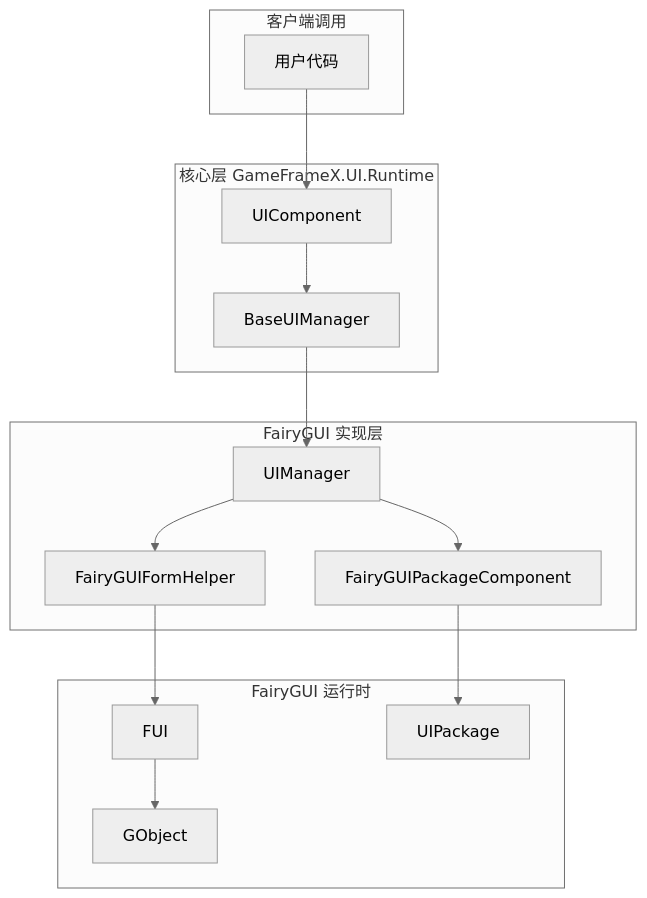
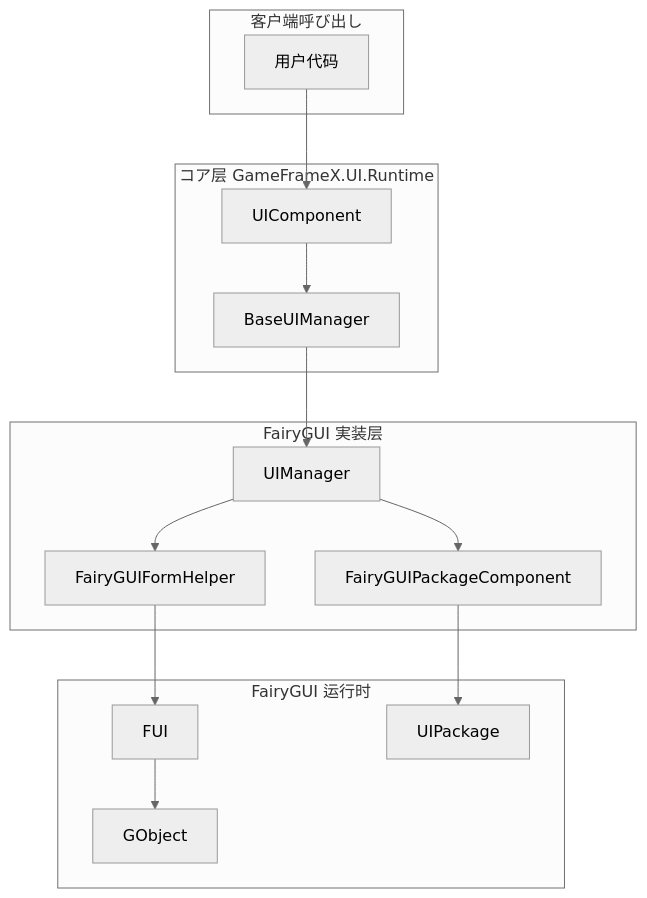
Before and after one commit to AlianBlank/GameFrameX.Docs: the first of 4 diagrams in docs/ja/client/unity/component/ui-fairygui/07.open-close-ui.md, drawn with Mermaid (neutral theme). The commit also changed other lines of this file and 603 other files, not shown here.

````diff
--- a/docs/ja/client/unity/component/ui-fairygui/07.open-close-ui.md
+++ b/docs/ja/client/unity/component/ui-fairygui/07.open-close-ui.md
@@ -19,32 +19,32 @@
 ```mermaid
 flowchart TD
-    subgraph Client["客户端调用"]
+    subgraph Client["客户端呼び出し"]
         User[用户代码]
     end
 
-    subgraph Core["核心层 GameFrameX.UI.Runtime"]
+    subgraph Core["コア层 GameFrameX.UI.Runtime"]
         UIComponent[UIComponent]
         BaseUIManager[BaseUIManager]
     end
 
-    subgraph FairyGUI["FairyGUI 实现层"]
+    subgraph FairyGUI["FairyGUI 実装层"]
         UIManager[UIManager]
         FairyGUIFormHelper[FairyGUIFormHelper]
         FairyGUIPackageComponent[FairyGUIPackageComponent]
     end
 
     subgraph FairyGUIRuntime["FairyGUI 运行时"]
         FUI[FUI]
         GObject[GObject]
         UIPackage[UIPackage]
     end
 
     User --> UIComponent
     UIComponent --> BaseUIManager
     BaseUIManager --> UIManager
     UIManager --> FairyGUIFormHelper
     UIManager --> FairyGUIPackageComponent
     FairyGUIFormHelper --> FUI
     FUI --> GObject
     FairyGUIPackageComponent --> UIPackage
 ```
````
